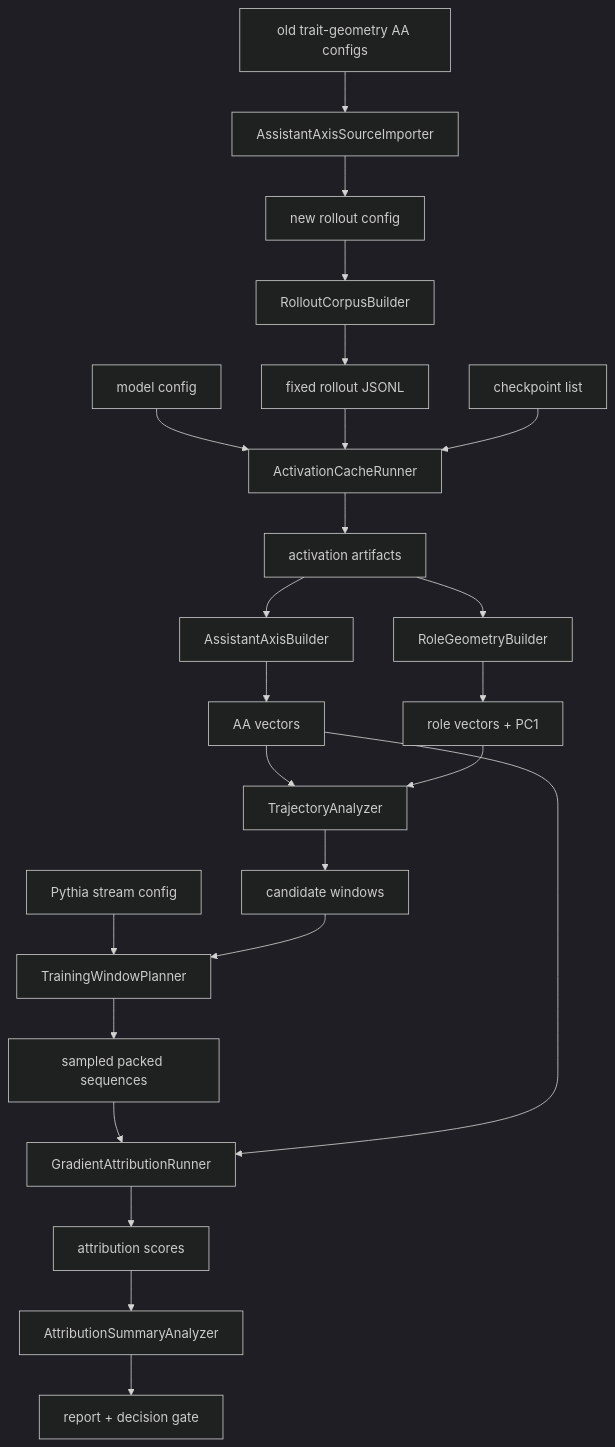
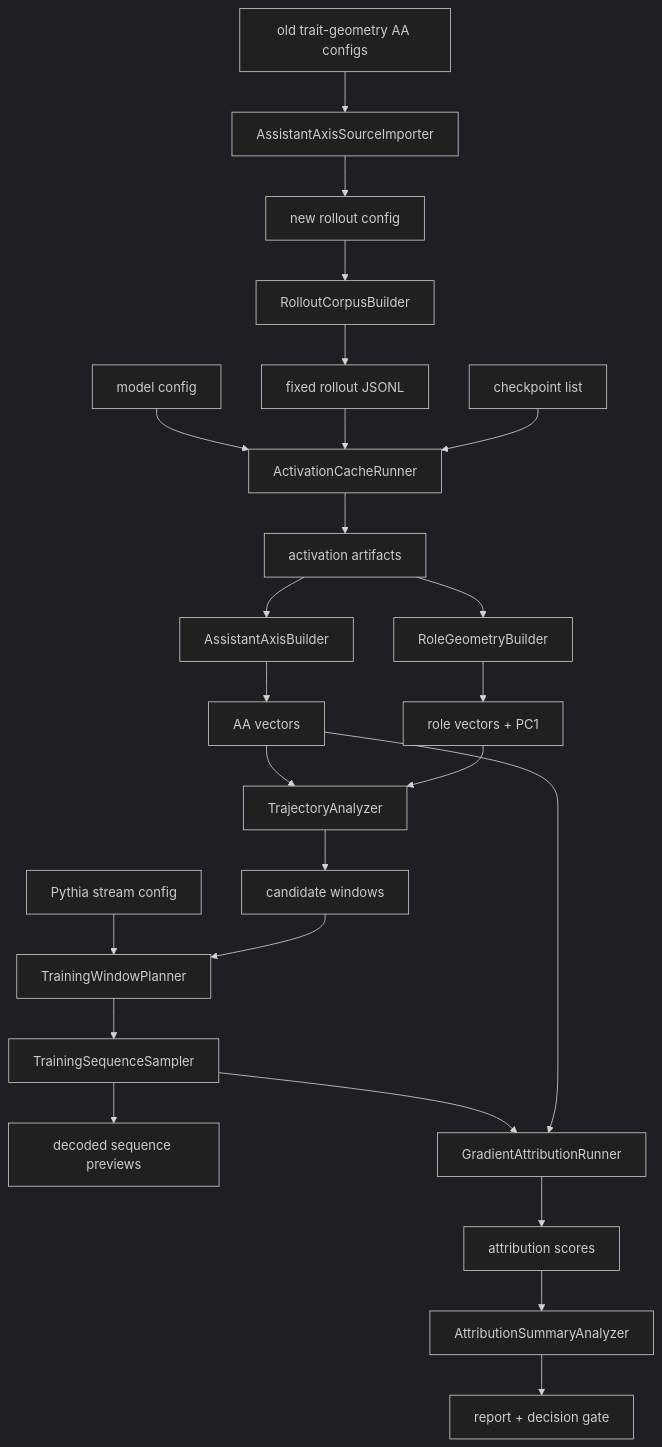
Before and after one commit to mahadikprasad15/assistant-axis-emergence-attribution: the diagram in docs/design/repo_build_map.md, drawn with Mermaid (dark theme). The commit also changed other lines of this file and 7 other files, not shown here.

Commit message:
Add training sequence decoder

````diff
--- a/docs/design/repo_build_map.md
+++ b/docs/design/repo_build_map.md
@@ -358,26 +365,27 @@
 ```mermaid
 flowchart TD
   Z["old trait-geometry AA configs"] --> Y["AssistantAxisSourceImporter"]
   Y --> A["new rollout config"]
   A --> B["RolloutCorpusBuilder"]
   B --> C["fixed rollout JSONL"]
   D["model config"] --> E["ActivationCacheRunner"]
   C --> E
   F["checkpoint list"] --> E
   E --> G["activation artifacts"]
   G --> H["AssistantAxisBuilder"]
   G --> I["RoleGeometryBuilder"]
   H --> J["AA vectors"]
   I --> K["role vectors + PC1"]
   J --> L["TrajectoryAnalyzer"]
   K --> L
   L --> M["candidate windows"]
   N["Pythia stream config"] --> O["TrainingWindowPlanner"]
   M --> O
-  O --> P["sampled packed sequences"]
+  O --> P["TrainingSequenceSampler"]
+  P --> U["decoded sequence previews"]
   P --> Q["GradientAttributionRunner"]
   J --> Q
   Q --> R["attribution scores"]
   R --> S["AttributionSummaryAnalyzer"]
   S --> T["report + decision gate"]
 ```
````
